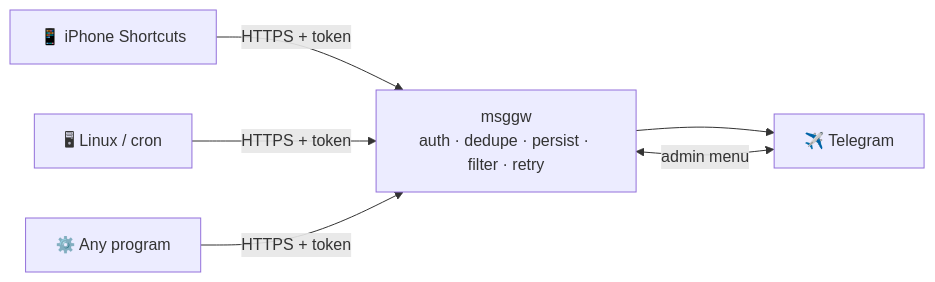
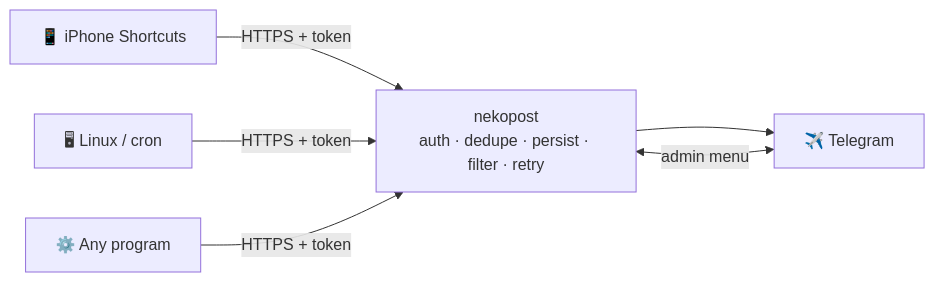
The diagram in README.md (imdrinkcat/nekopost), drawn with Mermaid before and after one commit. The commit also changed other lines of this file and 52 other files, not shown here.

First line of the commit message:
Rename project from msggw to Nekopost

````diff
--- a/README.md
+++ b/README.md
@@ -24,8 +24,8 @@
 ```mermaid
 flowchart LR
     A["📱 iPhone Shortcuts"] -->|HTTPS + token| G
     B["🖥 Linux / cron"] -->|HTTPS + token| G
     C["⚙️ Any program"] -->|HTTPS + token| G
-    G["msggw<br/>auth · dedupe · persist · filter · retry"] --> T["✈️ Telegram"]
+    G["nekopost<br/>auth · dedupe · persist · filter · retry"] --> T["✈️ Telegram"]
     T <-->|admin menu| G
 ```
````
